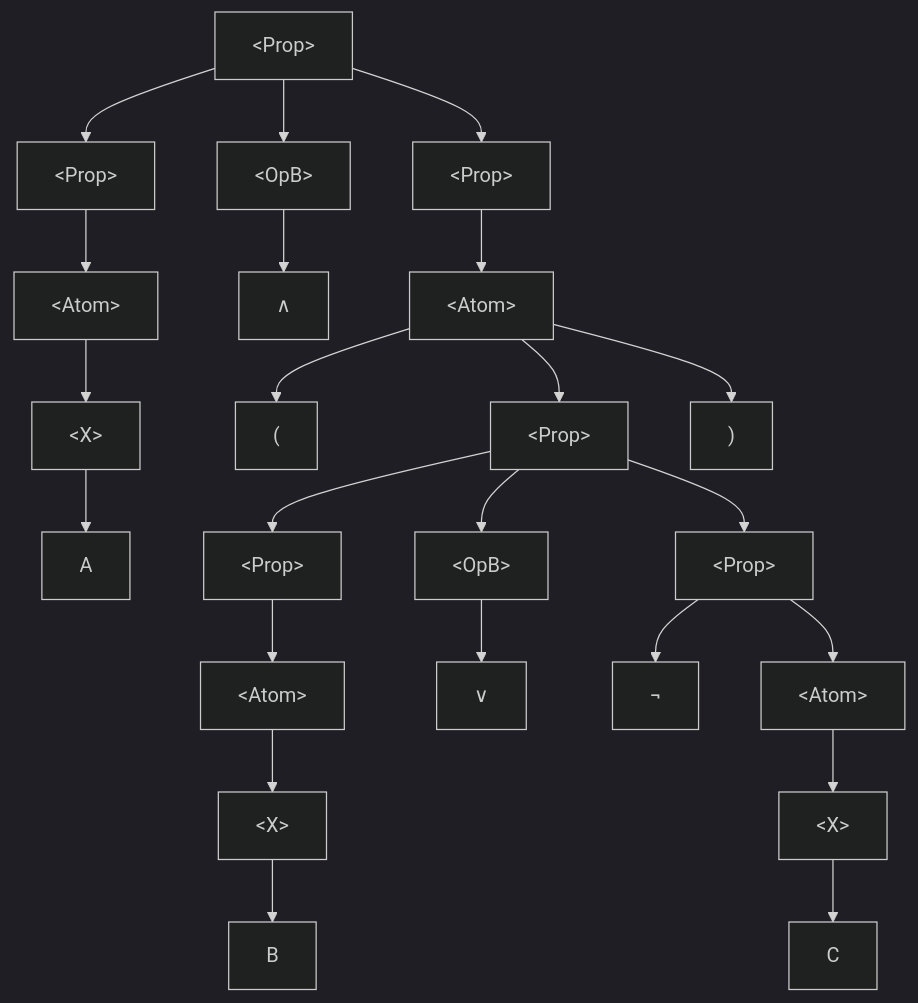
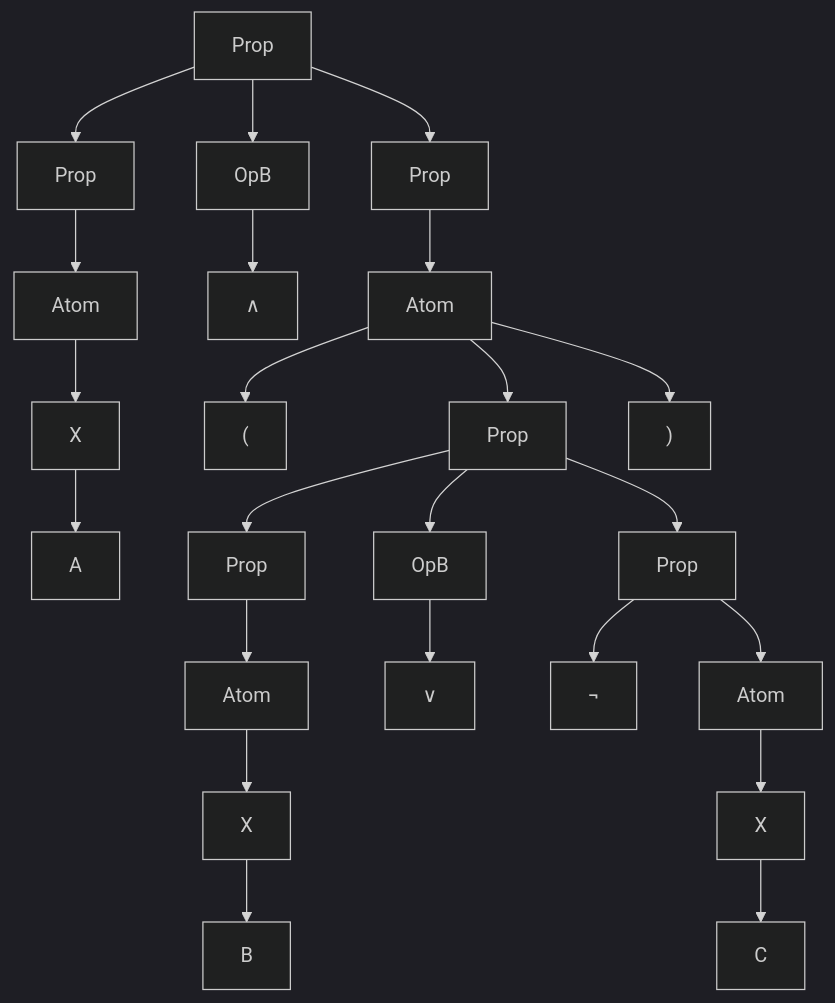
One commit to dennyb87/informatica-unipi changed the first of 2 diagrams in anno_1/fondamenti_di_informatica/2026-11-23_intro_logica.md. Above: the diagram before and after it, drawn with Mermaid (dark theme).

````diff
--- a/anno_1/fondamenti_di_informatica/2026-11-23_intro_logica.md
+++ b/anno_1/fondamenti_di_informatica/2026-11-23_intro_logica.md
@@ -129,32 +129,32 @@
 ```mermaid
 graph TD
-    P1["&lt;Prop&gt;"] --> P2["&lt;Prop&gt;"]
-    P1 --> OP1["&lt;OpB&gt;"]
-    P1 --> P3["&lt;Prop&gt;"]
+    P1["Prop"] --> P2["Prop"]
+    P1 --> OP1["OpB"]
+    P1 --> P3["Prop"]
     
-    P2 --> AT1["&lt;Atom&gt;"]
-    AT1 --> X1["&lt;X&gt;"]
+    P2 --> AT1["Atom"]
+    AT1 --> X1["X"]
     X1 --> A["A"]
     
     OP1 --> AND["∧"]
     
-    P3 --> AT2["&lt;Atom&gt;"]
+    P3 --> AT2["Atom"]
     AT2 --> LPAR["("]
-    AT2 --> P4["&lt;Prop&gt;"]
+    AT2 --> P4["Prop"]
     AT2 --> RPAR[")"]
     
-    P4 --> P5["&lt;Prop&gt;"]
-    P4 --> OP2["&lt;OpB&gt;"]
-    P4 --> P6["&lt;Prop&gt;"]
+    P4 --> P5["Prop"]
+    P4 --> OP2["OpB"]
+    P4 --> P6["Prop"]
     
-    P5 --> AT3["&lt;Atom&gt;"]
-    AT3 --> X2["&lt;X&gt;"]
+    P5 --> AT3["Atom"]
+    AT3 --> X2["X"]
     X2 --> B["B"]
     
     OP2 --> OR["∨"]
     
     P6 --> NOT["¬"]
-    P6 --> AT4["&lt;Atom&gt;"]
-    AT4 --> X3["&lt;X&gt;"]
+    P6 --> AT4["Atom"]
+    AT4 --> X3["X"]
     X3 --> C["C"]
 ```
````
